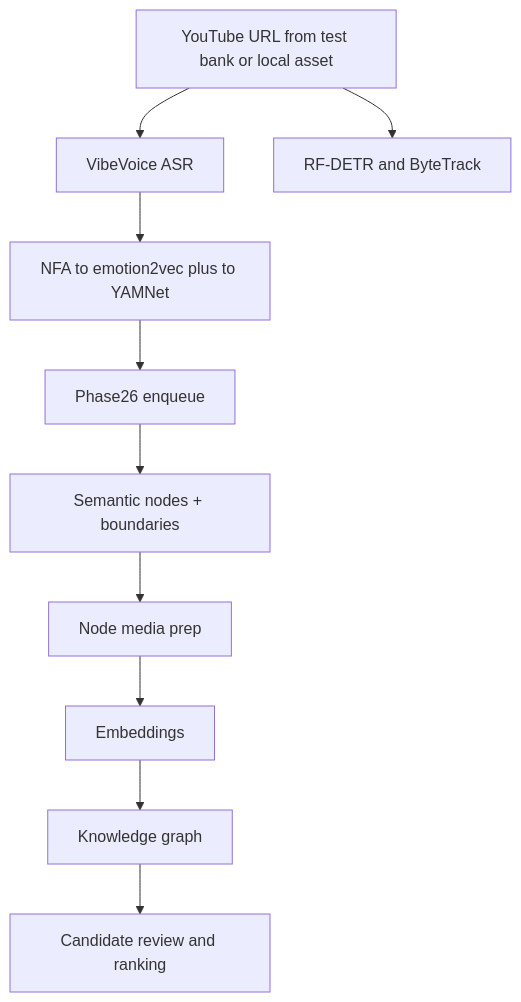
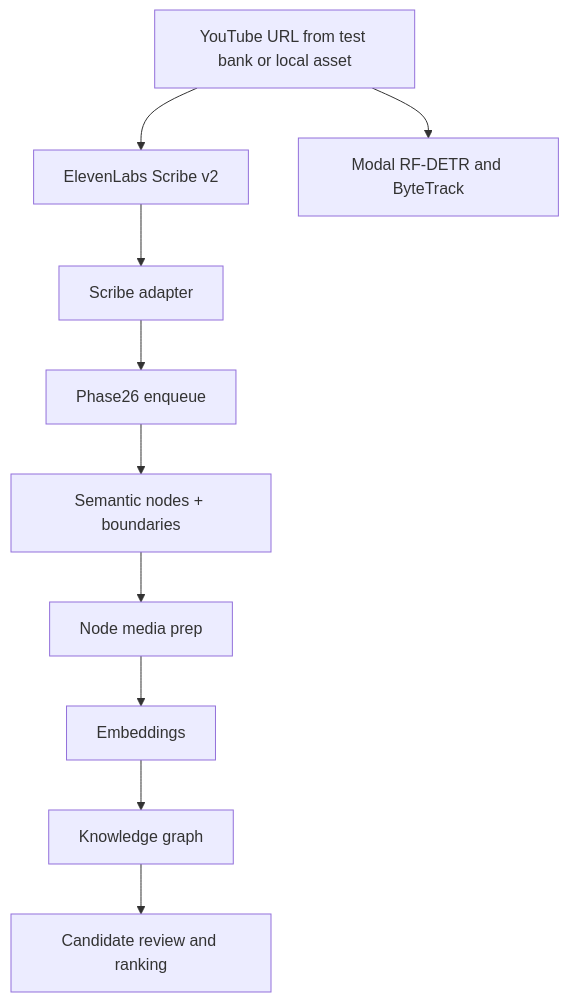
One commit to ClyptAI/Clypt-Backend changed the second of 2 diagrams in README.md. Above: the diagram before and after it, drawn with Mermaid. The commit also changed other lines of this file and 139 other files, not shown here.

Commit message:
refactor: switch phase1 to scribe modal topology

````diff
--- a/README.md
+++ b/README.md
@@ -87,19 +91,19 @@
 ```mermaid
 flowchart TD
   source["YouTube URL from test bank or local asset"]
-  asr["VibeVoice ASR"]
-  audio["NFA to emotion2vec plus to YAMNet"]
-  visual["RF-DETR and ByteTrack"]
+  asr["ElevenLabs Scribe v2"]
+  audio["Scribe adapter"]
+  visual["Modal RF-DETR and ByteTrack"]
   dispatch["Phase26 enqueue"]
   nodes["Semantic nodes + boundaries"]
   prep["Node media prep"]
   embed["Embeddings"]
   knowledgeGraph["Knowledge graph"]
   rank["Candidate review and ranking"]
 
   source --> asr
   source --> visual
   asr --> audio
   audio --> dispatch
   dispatch --> nodes --> prep --> embed --> knowledgeGraph --> rank
 ```
````
